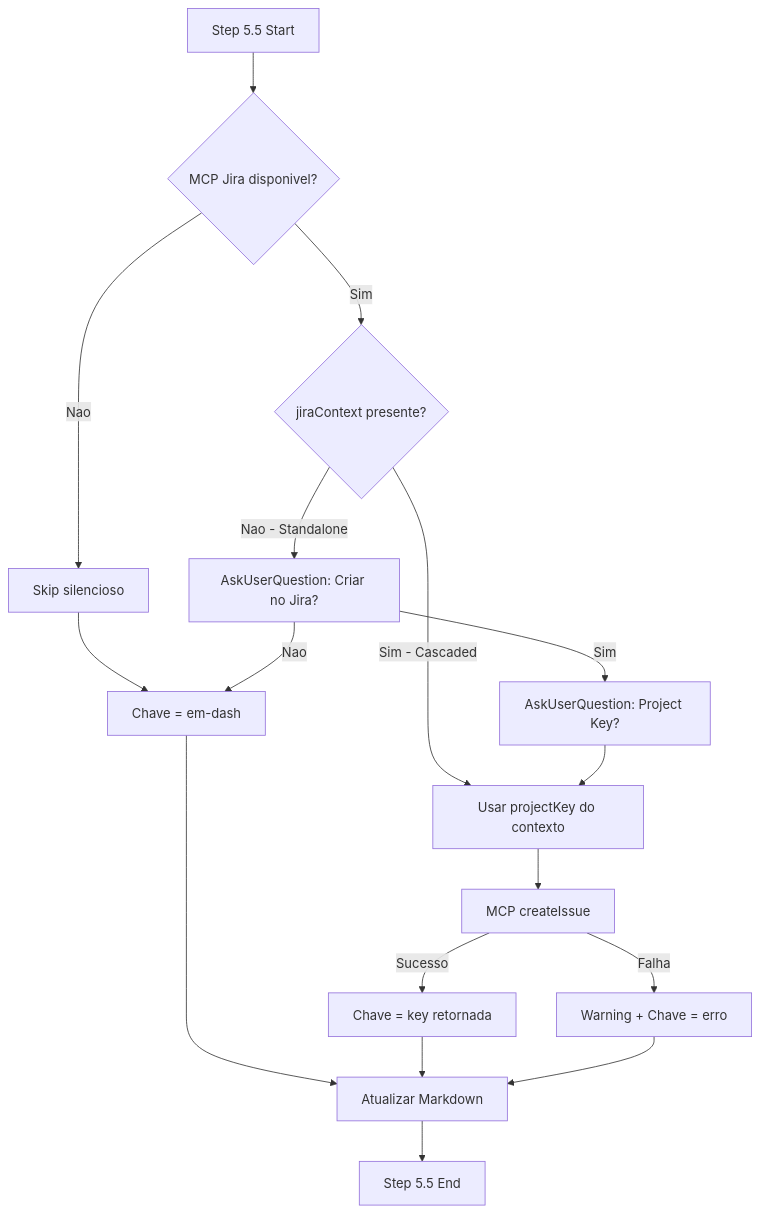
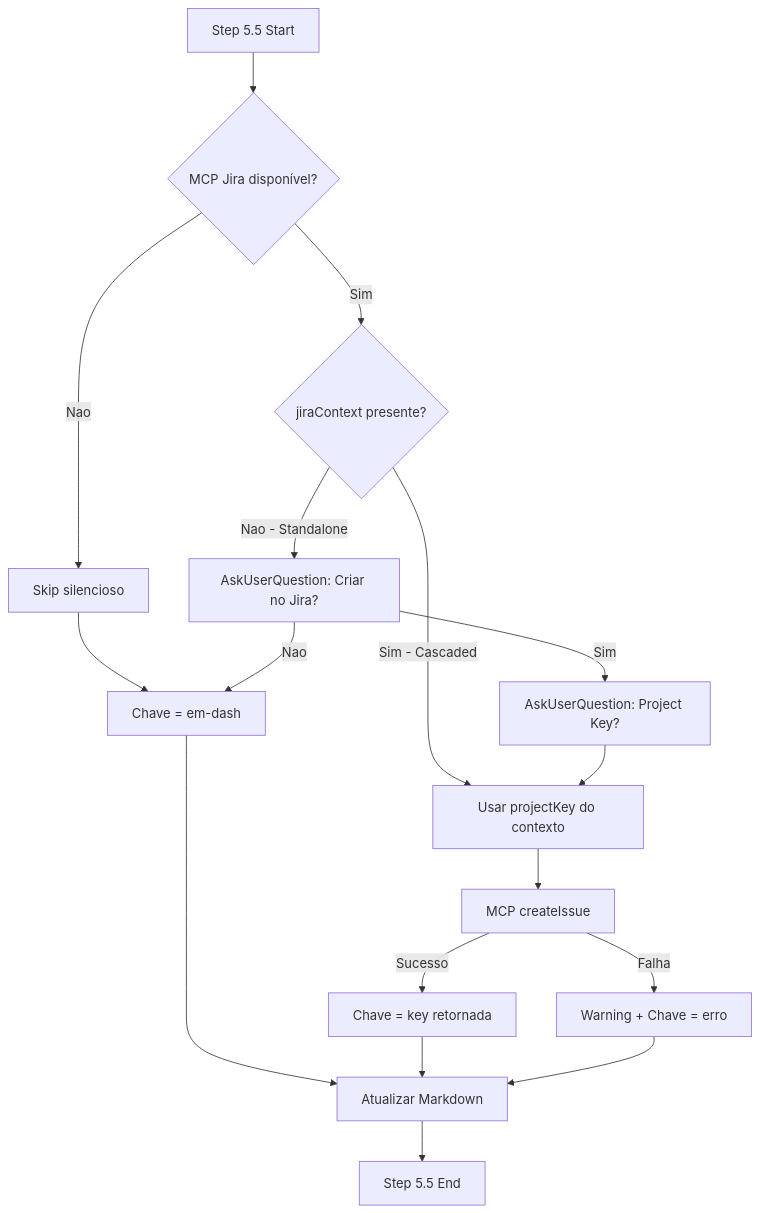
Before and after one commit to edercnj/ia-dev-environment: the second of 2 diagrams in docs/stories/epic-0011/story-0011-0003.md, drawn with Mermaid. The commit also changed other lines of this file and 14 other files, not shown here.

````diff
--- a/docs/stories/epic-0011/story-0011-0003.md
+++ b/docs/stories/epic-0011/story-0011-0003.md
@@ -134,19 +134,19 @@
 ```mermaid
 flowchart TD
-    A[Step 5.5 Start] --> B{MCP Jira disponivel?}
+    A[Step 5.5 Start] --> B{MCP Jira disponível?}
     B -->|Nao| C[Skip silencioso]
     C --> D[Chave = em-dash]
     B -->|Sim| E{jiraContext presente?}
     E -->|Sim - Cascaded| F[Usar projectKey do contexto]
     E -->|Nao - Standalone| G[AskUserQuestion: Criar no Jira?]
     G -->|Nao| D
     G -->|Sim| H[AskUserQuestion: Project Key?]
     H --> F
     F --> I[MCP createIssue]
     I -->|Sucesso| J[Chave = key retornada]
     I -->|Falha| K[Warning + Chave = erro]
     D --> L[Atualizar Markdown]
     J --> L
     K --> L
     L --> M[Step 5.5 End]
 ```
````
